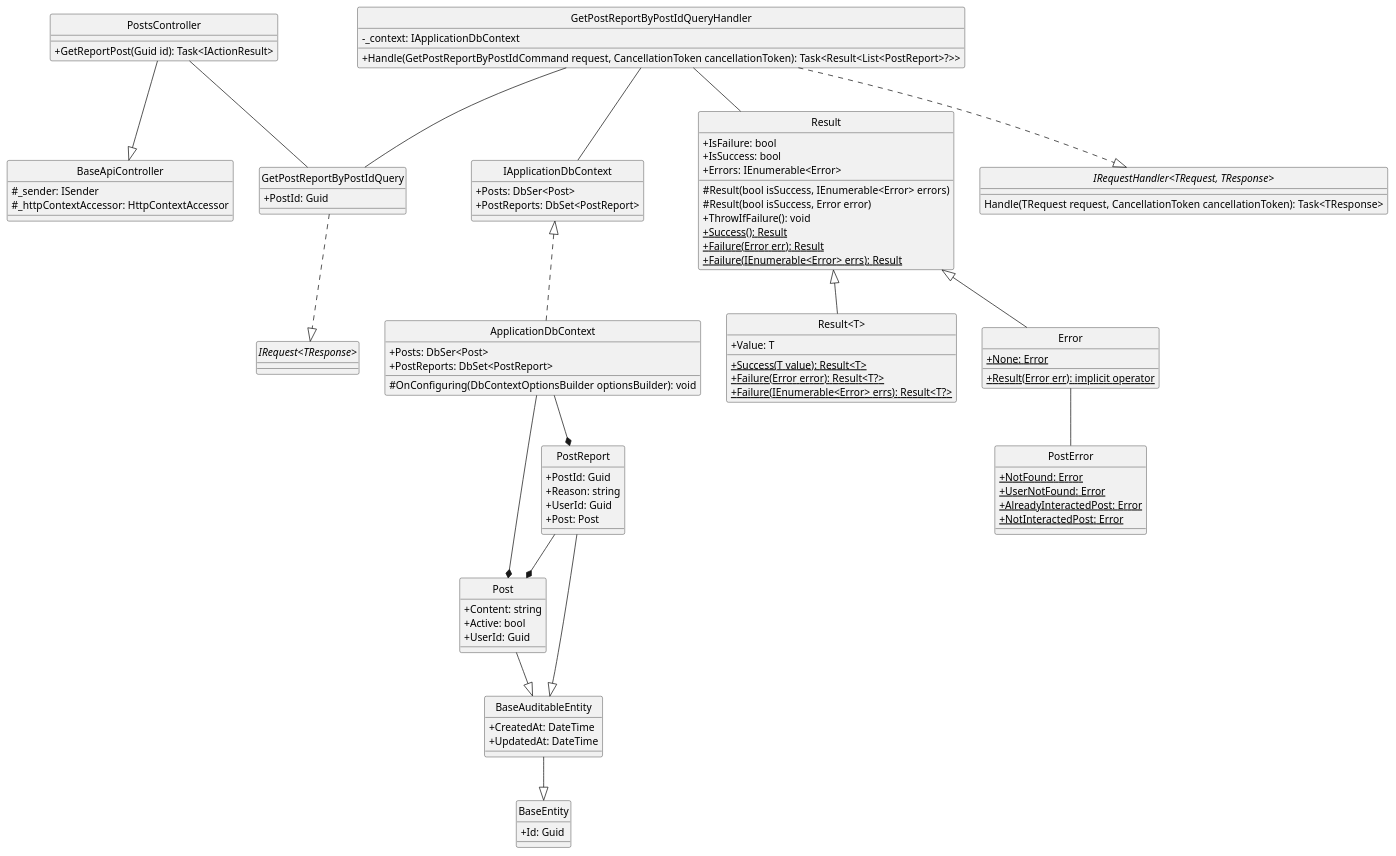
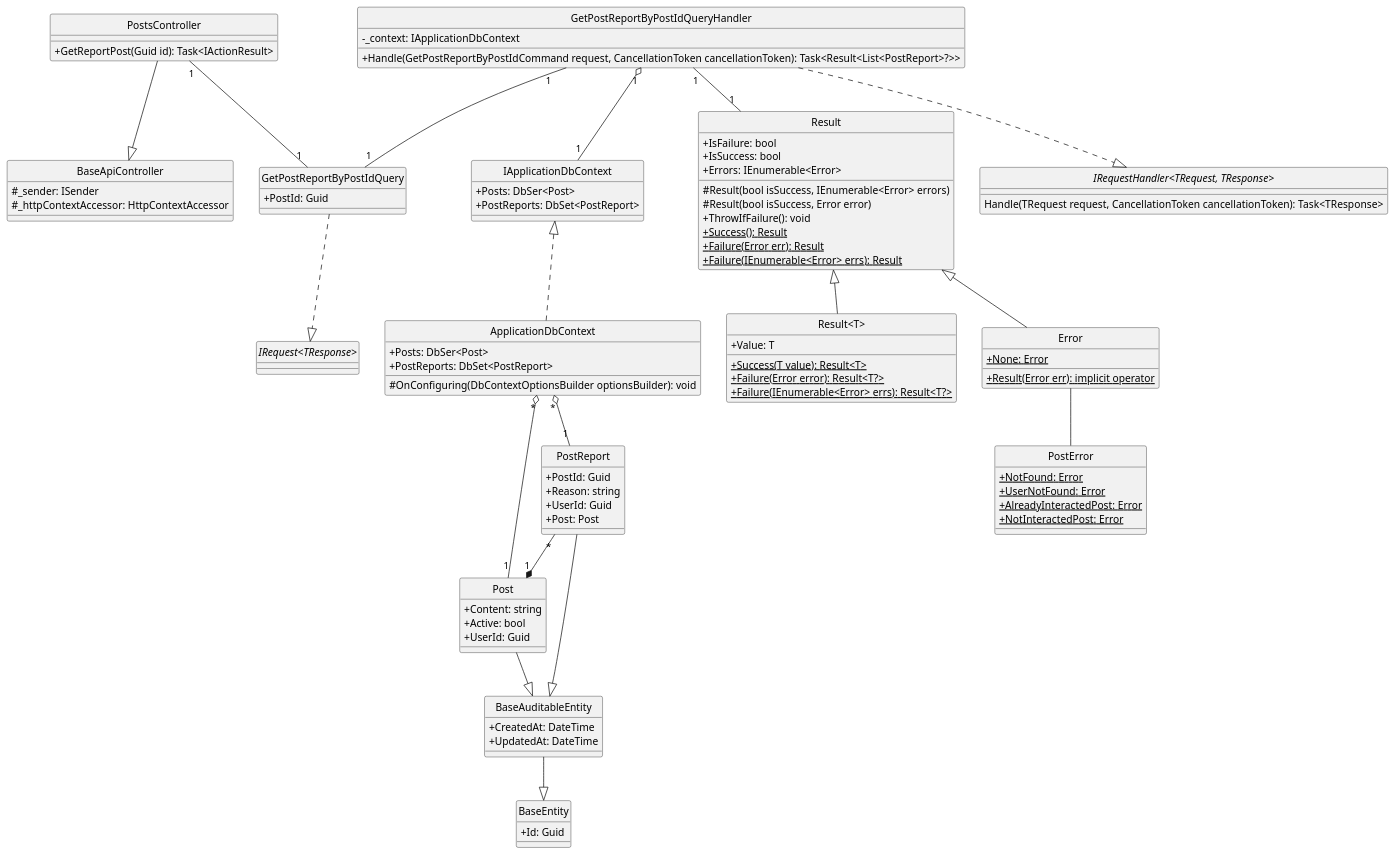
The diagram in docs/Class Diagram/Post/Post/GetReportPostByPostId/ClassDiagram.plantuml (Carl-Johnsons/Chat-Application), drawn with PlantUML before and after one commit. The commit also changed 21 other files, not shown here.

```diff
--- a/docs/Class Diagram/Post/Post/GetReportPostByPostId/ClassDiagram.plantuml
+++ b/docs/Class Diagram/Post/Post/GetReportPostByPostId/ClassDiagram.plantuml
@@ -1,114 +1,114 @@
 @startuml getReportPostByPostId
 hide circle
 skinparam classAttributeIconSize 0
 
 class BaseApiController {
     #_sender: ISender
     #_httpContextAccessor: HttpContextAccessor
 }
 
 class PostsController {
     +GetReportPost(Guid id): Task<IActionResult>
 }
 
 class GetPostReportByPostIdQuery {
     +PostId: Guid
 }
 
 class GetPostReportByPostIdQueryHandler {
     -_context: IApplicationDbContext
     +Handle(GetPostReportByPostIdCommand request, CancellationToken cancellationToken): Task<Result<List<PostReport>?>> 
 }
 
 class IApplicationDbContext {
     +Posts: DbSer<Post> 
     +PostReports: DbSet<PostReport>
 }
 
 class ApplicationDbContext {
     +Posts: DbSer<Post> 
     +PostReports: DbSet<PostReport>
     #OnConfiguring(DbContextOptionsBuilder optionsBuilder): void
 }
 
 class Result {
     +IsFailure: bool
     +IsSuccess: bool
     +Errors: IEnumerable<Error>
     #Result(bool isSuccess, IEnumerable<Error> errors)
     #Result(bool isSuccess, Error error)
     +ThrowIfFailure(): void
     +{static} Success(): Result
     +{static} Failure(Error err): Result
     +{static} Failure(IEnumerable<Error> errs): Result
 }
 
 class "Result<T>" {
     +Value: T
     +{static} Success(T value): Result<T>
     +{static} Failure(Error error): Result<T?>
     +{static} Failure(IEnumerable<Error> errs): Result<T?>
 }
 
 class Error {
     +{static} None: Error 
     +{static} Result(Error err): implicit operator
 }
 
 class PostError {
     +{static} NotFound: Error
     +{static} UserNotFound: Error
     +{static} AlreadyInteractedPost: Error
     +{static} NotInteractedPost: Error
 }
 
 class BaseEntity {
     +Id: Guid 
 }
 
 class BaseAuditableEntity{
     +CreatedAt: DateTime
     +UpdatedAt: DateTime 
 }
 
 class Post {
     +Content: string
     +Active: bool
     +UserId: Guid
 }
 
 class PostReport {
     +PostId: Guid 
     +Reason: string 
     +UserId: Guid 
     +Post: Post
 } 
 
 interface "IRequest<TResponse>"
 interface "IRequestHandler<TRequest, TResponse>"{
     Handle(TRequest request, CancellationToken cancellationToken): Task<TResponse>
 }
 
 '==== Get Post Report By Post Id ====
 'API Layer
 PostsController --|> BaseApiController
-PostsController -- GetPostReportByPostIdQuery
+PostsController "1"--"1" GetPostReportByPostIdQuery
 'Application Layer
 GetPostReportByPostIdQuery ..|> "IRequest<TResponse>"
 GetPostReportByPostIdQueryHandler ..|> "IRequestHandler<TRequest, TResponse>"
-GetPostReportByPostIdQueryHandler -- GetPostReportByPostIdQuery
-GetPostReportByPostIdQueryHandler -- Result
-GetPostReportByPostIdQueryHandler -- IApplicationDbContext
+GetPostReportByPostIdQueryHandler "1"--"1" GetPostReportByPostIdQuery
+GetPostReportByPostIdQueryHandler "1"--"1" Result
+GetPostReportByPostIdQueryHandler "1" o--"1" IApplicationDbContext
 'Domain Layer
 Result <|-- Error
 Result <|-- "Result<T>"
 Error -- PostError
 PostReport --|> BaseAuditableEntity
 Post --|> BaseAuditableEntity
 BaseAuditableEntity --|> BaseEntity
-PostReport --* Post
+PostReport "*"--*"1" Post
 'Infrastructure Layer
 IApplicationDbContext <|.. ApplicationDbContext
-ApplicationDbContext --* Post
-ApplicationDbContext --* PostReport
+ApplicationDbContext "*" o--"1" Post
+ApplicationDbContext "*" o--"1" PostReport
 @enduml
```
